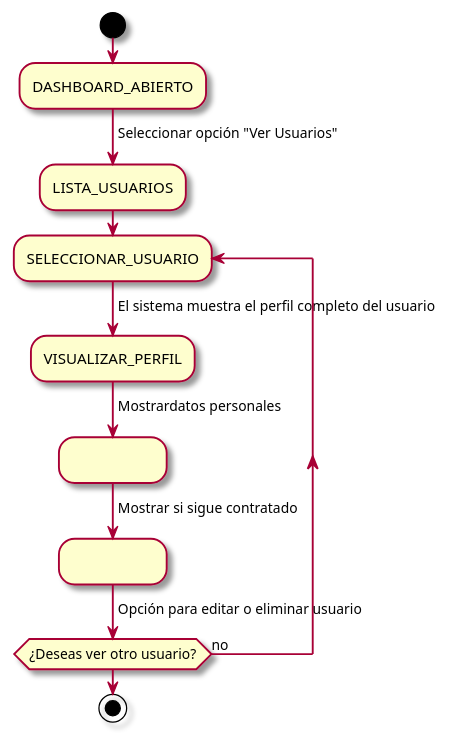
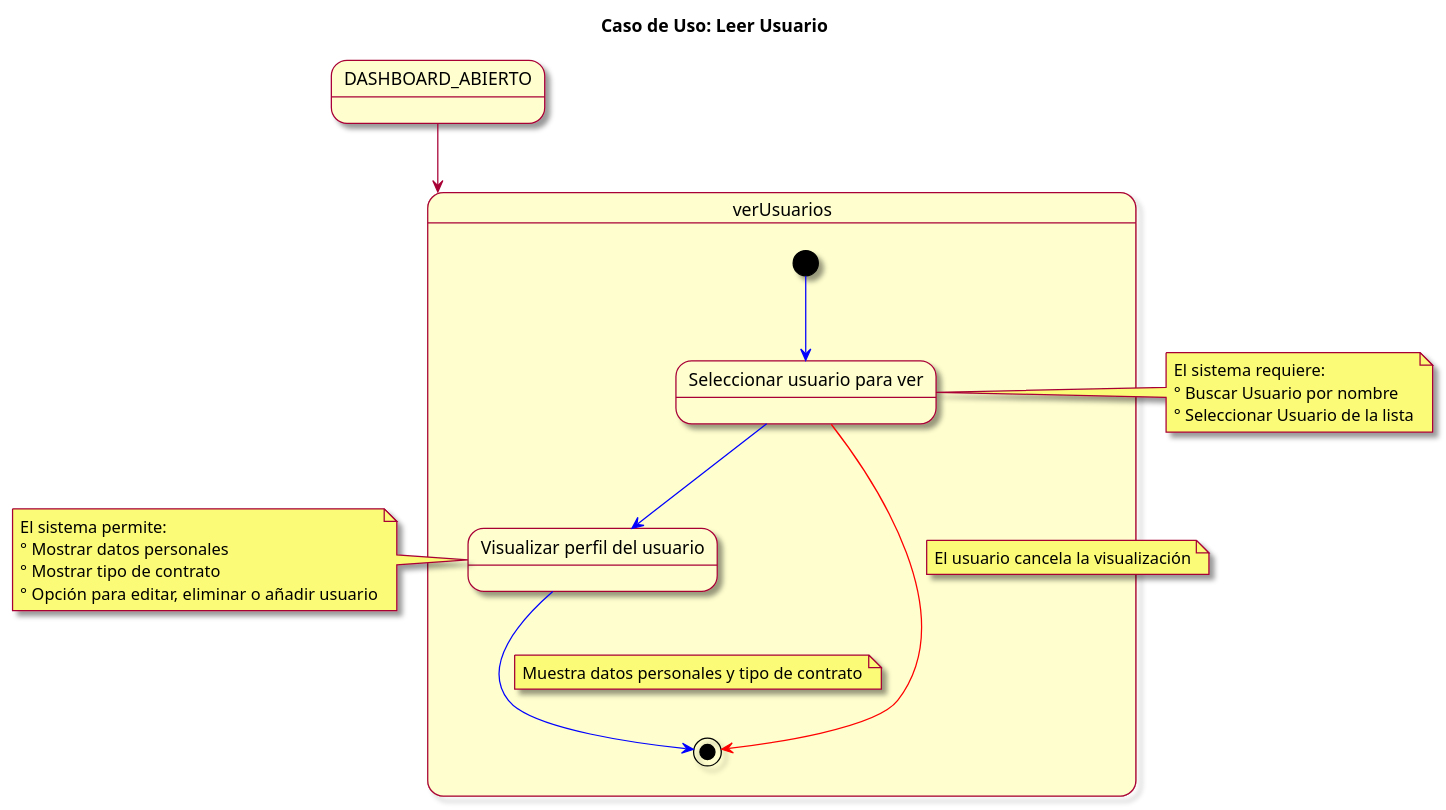
Before and after one commit to mmasias/23-24-IdSw1-SDR: the diagram in modelosUML/casosDeUso/detalles/verUsuario.puml, drawn with PlantUML.

```diff
--- a/modelosUML/casosDeUso/detalles/verUsuario.puml
+++ b/modelosUML/casosDeUso/detalles/verUsuario.puml
@@ -1,21 +1,34 @@
-@startuml ver_usuario
+@startuml
 skin rose
+title Caso de Uso: Leer Usuario
 
-  start
-:DASHBOARD_ABIERTO;
--> El sistema muestra la opción de gestionar usuarios;
--> Seleccionar opción "Ver Usuarios";
-:LISTA_USUARIOS;
-repeat :SELECCIONAR_USUARIO
-  -> El sistema muestra el perfil completo del usuario;
-  :VISUALIZAR_PERFIL;     
+state DASHBOARD_ABIERTO
+
+DASHBOARD_ABIERTO --> verUsuarios
+
+state verUsuarios {
+  [*] -[#blue]-> seleccionarUsuario
+  state "Seleccionar usuario para ver" as seleccionarUsuario
+  seleccionarUsuario -[#blue]-> visualizarPerfil
+  state "Visualizar perfil del usuario" as visualizarPerfil
+  visualizarPerfil -[#blue]-> [*]
+  note on link: Muestra datos personales y tipo de contrato
   
-  -> Mostrardatos personales;
-  :                     ;
-  -> Mostrar si sigue contratado;
-  :                     ;
-  -> Opción para editar o eliminar usuario;
-repeat while (¿Deseas ver otro usuario?) is (no)
-  stop
+  seleccionarUsuario -[#red]-> [*]
+  note on link: El usuario cancela la visualización
+}
+
+note left of visualizarPerfil
+  El sistema permite:
+  ° Mostrar datos personales
+  ° Mostrar tipo de contrato
+  ° Opción para editar, eliminar o añadir usuario
+end note
+
+note left of seleccionarUsuario
+  El sistema requiere:
+  ° Buscar Usuario por nombre
+  ° Seleccionar Usuario de la lista
+end note
 
 @enduml
```
